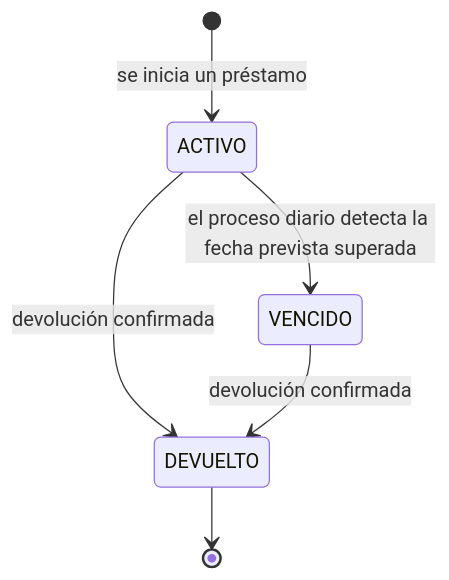
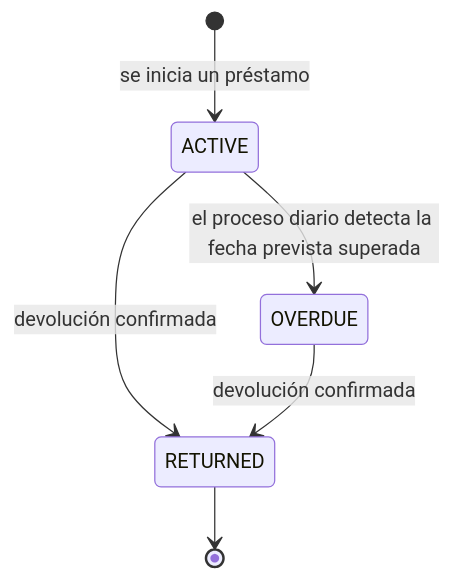
Before and after one commit to kikescribano/domestic_resource_planning: the third of 8 diagrams in README.md, drawn with Mermaid. The commit also changed other lines of this file and 2 other files, not shown here.

````diff
--- a/README.md
+++ b/README.md
@@ -341,8 +343,8 @@
 ```mermaid
 stateDiagram-v2
-    [*] --> ACTIVO : se inicia un préstamo
-    ACTIVO --> DEVUELTO : devolución confirmada
-    ACTIVO --> VENCIDO : el proceso diario detecta la fecha prevista superada
-    VENCIDO --> DEVUELTO : devolución confirmada
-    DEVUELTO --> [*]
+    [*] --> ACTIVE : se inicia un préstamo
+    ACTIVE --> RETURNED : devolución confirmada
+    ACTIVE --> OVERDUE : el proceso diario detecta la fecha prevista superada
+    OVERDUE --> RETURNED : devolución confirmada
+    RETURNED --> [*]
 ```
````
